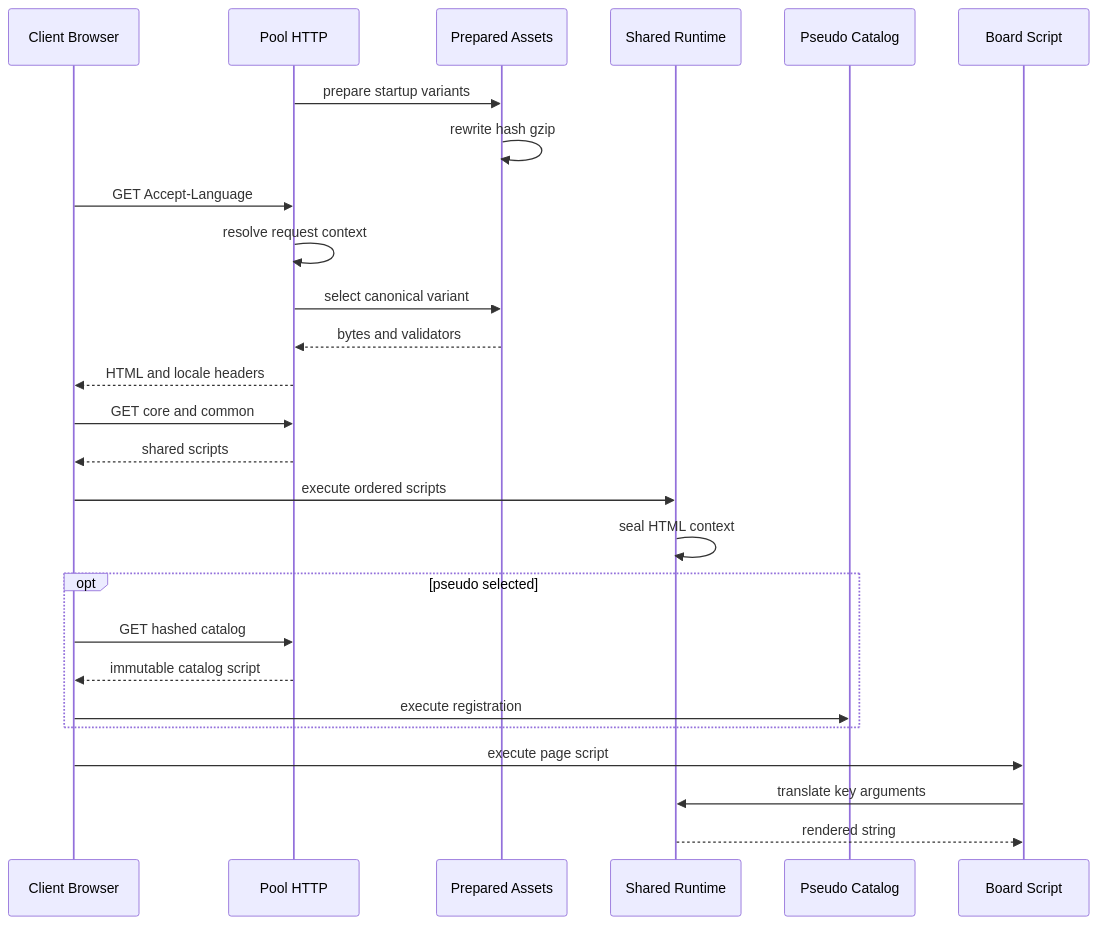
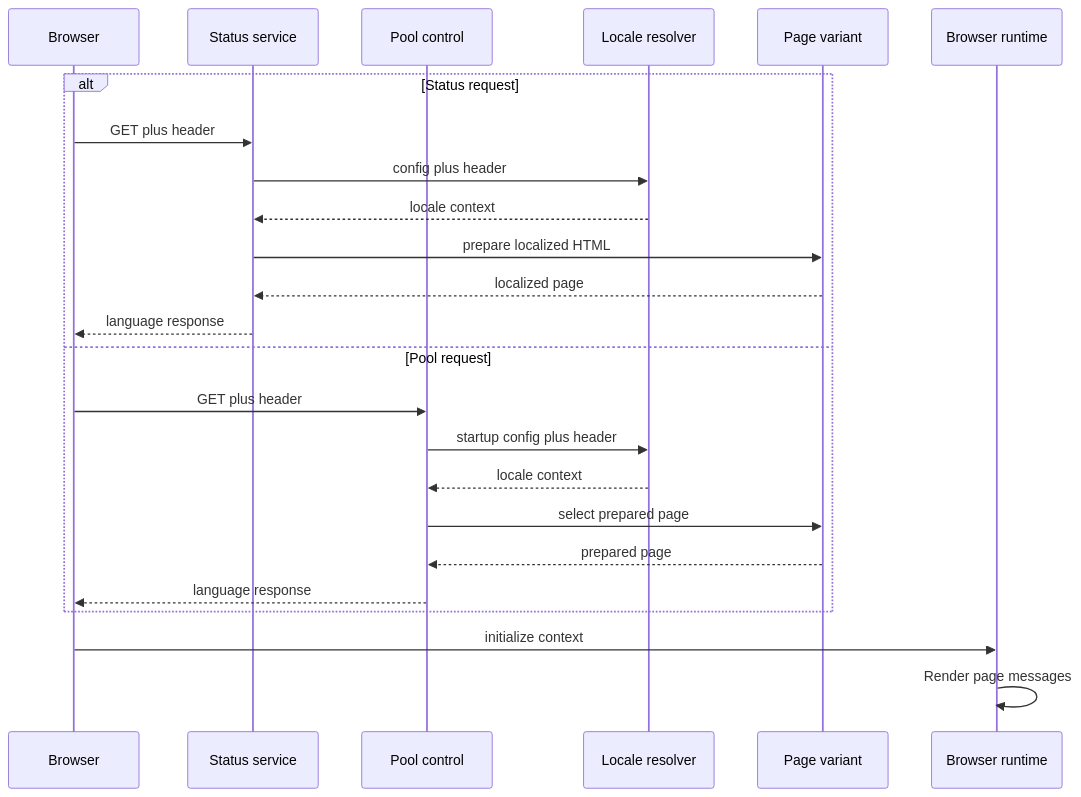
Before and after one commit to alissonsol/yuruna: the third of 4 diagrams in docs/design/07-globalization.md, drawn with Mermaid. The commit also changed other lines of this file and 901 other files, not shown here.

````diff
--- a/docs/design/07-globalization.md
+++ b/docs/design/07-globalization.md
@@ -235,30 +83,26 @@
 ```mermaid
 sequenceDiagram
-  participant client-browser as Client Browser
-  participant pool-http as Pool HTTP
-  participant page-assets as Prepared Assets
-  participant shared-runtime as Shared Runtime
-  participant pseudo-catalog as Pseudo Catalog
-  participant board-script as Board Script
-
-  pool-http->>page-assets: prepare startup variants
-  page-assets->>page-assets: rewrite hash gzip
-  client-browser->>pool-http: GET Accept-Language
-  pool-http->>pool-http: resolve request context
-  pool-http->>page-assets: select canonical variant
-  page-assets-->>pool-http: bytes and validators
-  pool-http-->>client-browser: HTML and locale headers
-  client-browser->>pool-http: GET core and common
-  pool-http-->>client-browser: shared scripts
-  client-browser->>shared-runtime: execute ordered scripts
-  shared-runtime->>shared-runtime: seal HTML context
-  %% optional -- only an enabled pseudo page needs this extra script
-  opt pseudo selected
-    client-browser->>pool-http: GET hashed catalog
-    pool-http-->>client-browser: immutable catalog script
-    client-browser->>pseudo-catalog: execute registration
-  end
-  client-browser->>board-script: execute page script
-  board-script->>shared-runtime: translate key arguments
-  shared-runtime-->>board-script: rendered string
+    participant browser as Browser
+    participant status-service as Status service
+    participant pool-control as Pool control
+    participant locale-resolver as Locale resolver
+    participant page-variant as Page variant
+    participant browser-runtime as Browser runtime
+    alt Status request
+        browser->>status-service: GET plus header
+        status-service->>locale-resolver: config plus header
+        locale-resolver-->>status-service: locale context
+        status-service->>page-variant: prepare localized HTML
+        page-variant-->>status-service: localized page
+        status-service-->>browser: language response
+    else Pool request
+        browser->>pool-control: GET plus header
+        pool-control->>locale-resolver: startup config plus header
+        locale-resolver-->>pool-control: locale context
+        pool-control->>page-variant: select prepared page
+        page-variant-->>pool-control: prepared page
+        pool-control-->>browser: language response
+    end
+    browser->>browser-runtime: initialize context
+    browser-runtime->>browser-runtime: Render page messages
 ```
````
